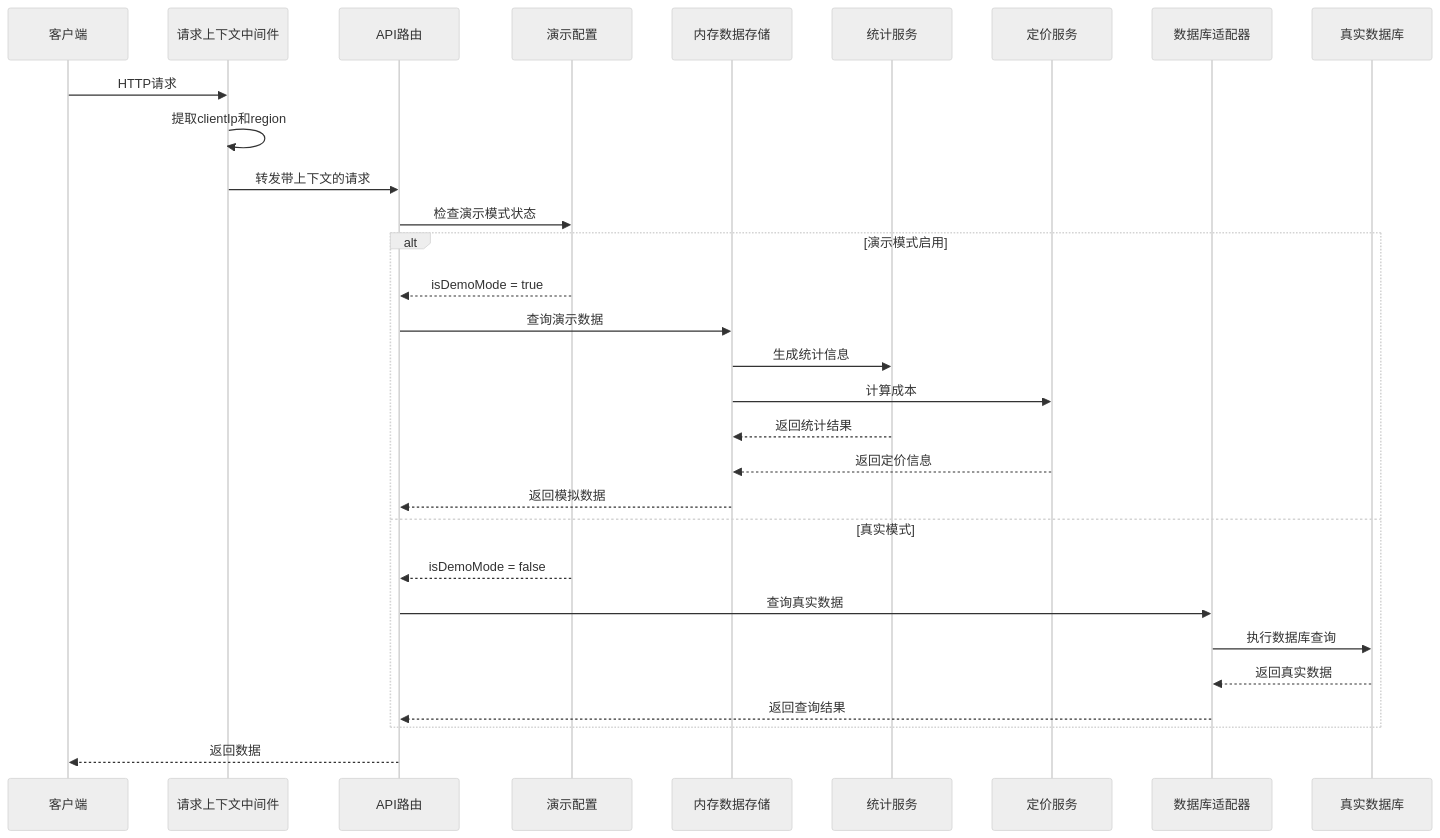
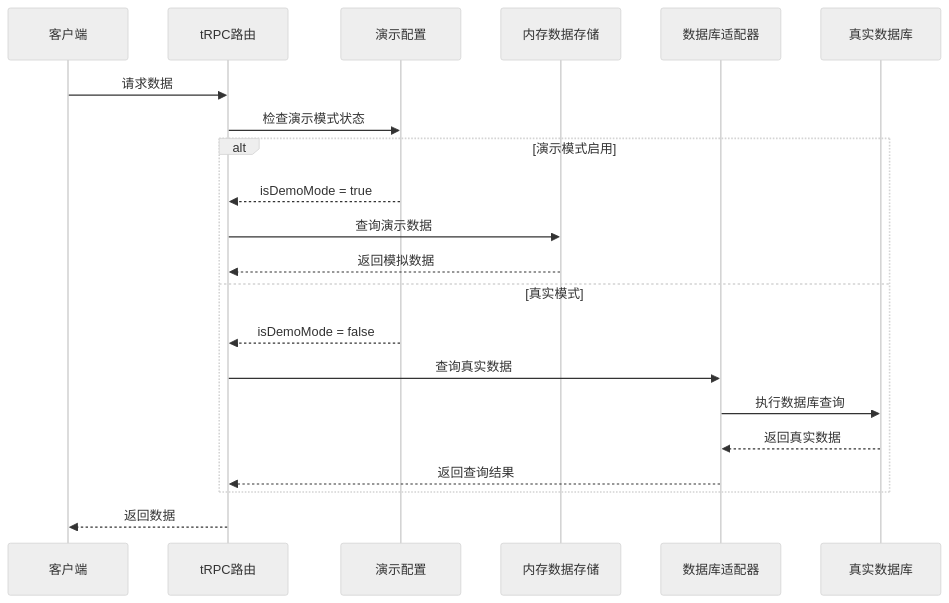
Before and after one commit to RadiumAg/AIGate: the second of 8 diagrams in .qoder/repowiki/zh/content/核心功能/演示模式系统.md, drawn with Mermaid (neutral theme). The commit also changed other lines of this file and 15 other files, not shown here.

````diff
--- a/.qoder/repowiki/zh/content/核心功能/演示模式系统.md
+++ b/.qoder/repowiki/zh/content/核心功能/演示模式系统.md
@@ -223,32 +139,23 @@
 ```mermaid
 sequenceDiagram
 participant Client as 客户端
-participant Middleware as 请求上下文中间件
-participant Router as API路由
+participant Router as tRPC路由
 participant Config as 演示配置
 participant DataStore as 内存数据存储
-participant StatsService as 统计服务
-participant PricingService as 定价服务
 participant DBAdapter as 数据库适配器
 participant RealDB as 真实数据库
-Client->>Middleware : HTTP请求
-Middleware->>Middleware : 提取clientIp和region
-Middleware->>Router : 转发带上下文的请求
+Client->>Router : 请求数据
 Router->>Config : 检查演示模式状态
 alt 演示模式启用
 Config-->>Router : isDemoMode = true
 Router->>DataStore : 查询演示数据
-DataStore->>StatsService : 生成统计信息
-DataStore->>PricingService : 计算成本
-StatsService-->>DataStore : 返回统计结果
-PricingService-->>DataStore : 返回定价信息
 DataStore-->>Router : 返回模拟数据
 else 真实模式
 Config-->>Router : isDemoMode = false
 Router->>DBAdapter : 查询真实数据
 DBAdapter->>RealDB : 执行数据库查询
 RealDB-->>DBAdapter : 返回真实数据
 DBAdapter-->>Router : 返回查询结果
 end
 Router-->>Client : 返回数据
 ```
````
